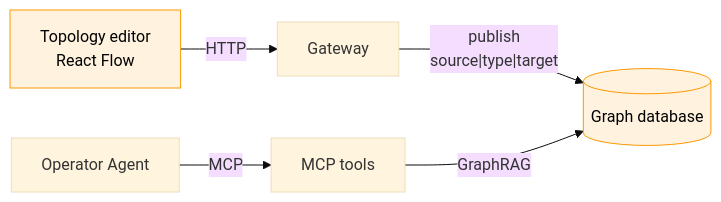
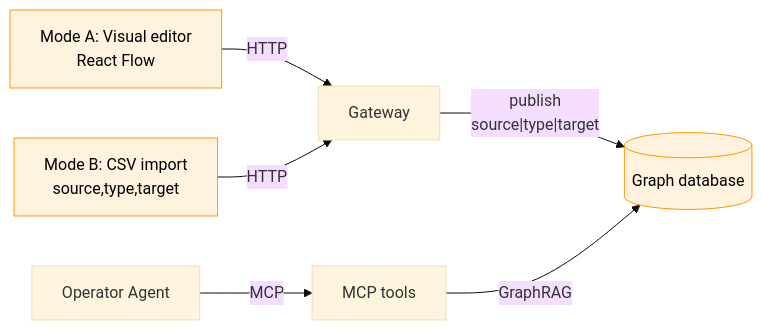
The diagram in docs/sentinel/hld-site-topology-graph.md (ankit-tether/mdk-be), drawn with Mermaid (base theme) before and after one commit. The commit also changed other lines of this file, not shown here.

First line of the commit message:
Update HLD Site Topology Graph documentation to reflect new authoring modes

````diff
--- a/docs/sentinel/hld-site-topology-graph.md
+++ b/docs/sentinel/hld-site-topology-graph.md
@@ -31,10 +32,12 @@
 ```mermaid
 flowchart LR
-  ED["Topology editor<br/>React Flow"] -->|"HTTP"| GW["Gateway"]
+  ED["Mode A: Visual editor<br/>React Flow"] -->|"HTTP"| GW["Gateway"]
+  CSV["Mode B: CSV import<br/>source,type,target"] -->|"HTTP"| GW
   GW -->|"publish<br/>source#124;type#124;target"| DB[("Graph database")]
   AG["Operator Agent"] -->|"MCP"| MS["MCP tools"]
   MS -->|"GraphRAG"| DB
 
   style ED fill:#fff3e0,stroke:#ff9800,color:#000
+  style CSV fill:#fff3e0,stroke:#ff9800,color:#000
   style DB fill:#fff3e0,stroke:#ff9800,color:#000
 ```
````
